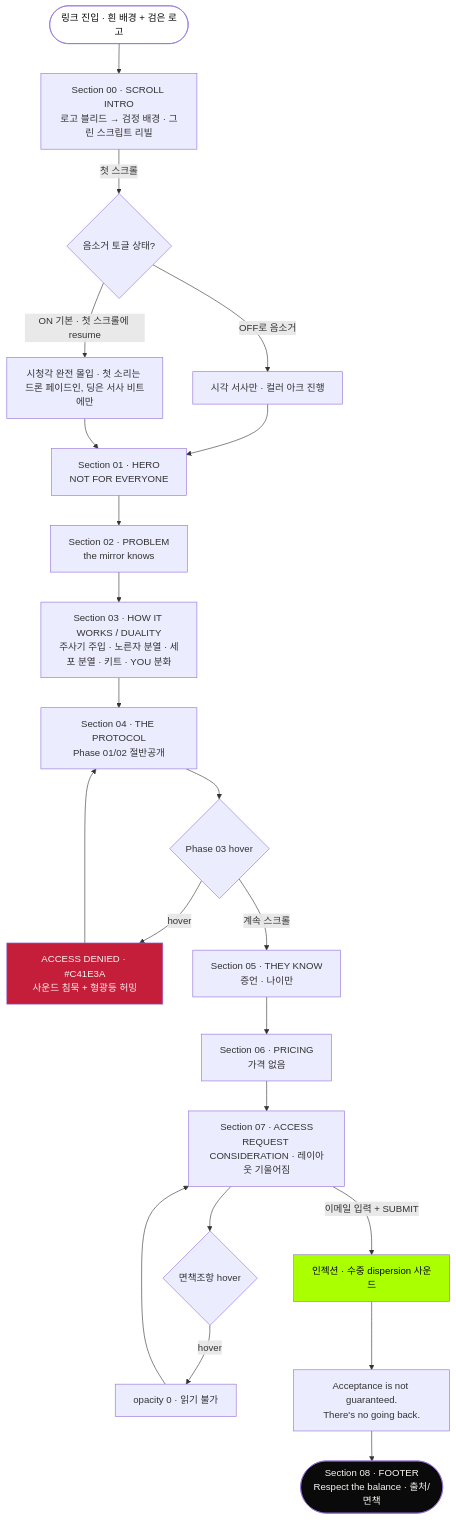
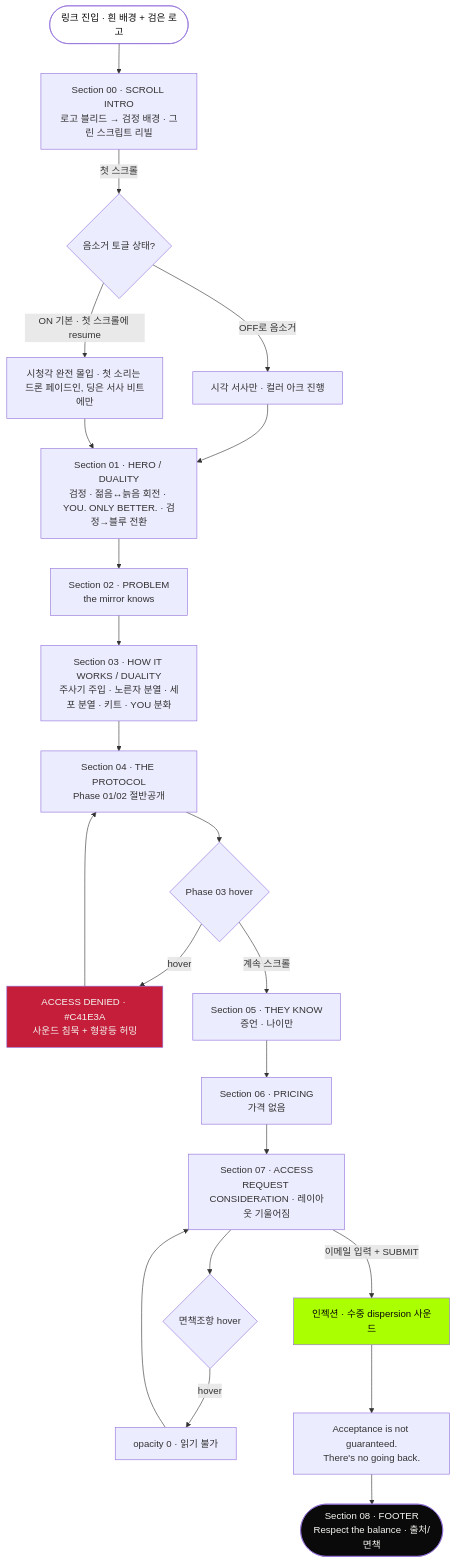
Before and after one commit to cm123kk/You.onlybetter: the diagram in docs/the-substance/02-ux-flow.md, drawn with Mermaid. The commit also changed other lines of this file and 102 other files, not shown here.

First line of the commit message:
feat(hero): duality VO, GNB CTA/ENTER gate, deploy-ready assets

````diff
--- a/docs/the-substance/02-ux-flow.md
+++ b/docs/the-substance/02-ux-flow.md
@@ -279,34 +314,34 @@
 ```mermaid
 flowchart TD
     START([링크 진입 · 흰 배경 + 검은 로고]) --> INTRO[Section 00 · SCROLL INTRO<br/>로고 블리드 → 검정 배경 · 그린 스크립트 리빌]
     INTRO -->|첫 스크롤| SOUNDGATE{음소거 토글 상태?}
     SOUNDGATE -->|OFF로 음소거| VISUAL[시각 서사만 · 컬러 아크 진행]
     SOUNDGATE -->|ON 기본 · 첫 스크롤에 resume| FULL[시청각 완전 몰입 · 첫 소리는 드론 페이드인, 딩은 서사 비트에만]
     VISUAL --> HERO
     FULL --> HERO
 
-    HERO[Section 01 · HERO<br/>NOT FOR EVERYONE] --> PROBLEM[Section 02 · PROBLEM<br/>the mirror knows]
+    HERO[Section 01 · HERO / DUALITY<br/>검정 · 젊음↔늙음 회전 · YOU. ONLY BETTER. · 검정→블루 전환] --> PROBLEM[Section 02 · PROBLEM<br/>the mirror knows]
     PROBLEM --> SUBSTANCE[Section 03 · HOW IT WORKS / DUALITY<br/>주사기 주입 · 노른자 분열 · 세포 분열 · 키트 · YOU 분화]
     SUBSTANCE --> PROTOCOL[Section 04 · THE PROTOCOL<br/>Phase 01/02 절반공개]
 
     PROTOCOL --> LOCK{Phase 03 hover}
     LOCK -->|hover| DENIED[ACCESS DENIED · #C41E3A<br/>사운드 침묵 + 형광등 허밍]
     DENIED --> PROTOCOL
     LOCK -->|계속 스크롤| KNOW
 
     KNOW[Section 05 · THEY KNOW<br/>증언 · 나이만] --> PRICING[Section 06 · PRICING<br/>가격 없음]
     PRICING --> ACCESS[Section 07 · ACCESS<br/>REQUEST CONSIDERATION · 레이아웃 기울어짐]
 
     ACCESS --> DISC{면책조항 hover}
     DISC -->|hover| VANISH[opacity 0 · 읽기 불가]
     VANISH --> ACCESS
 
     ACCESS -->|이메일 입력 + SUBMIT| INJECT[인젝션 · 수중 dispersion 사운드]
     INJECT --> RESULT[Acceptance is not guaranteed.<br/>There's no going back.]
     RESULT --> FOOTER([Section 08 · FOOTER<br/>Respect the balance · 출처/면책])
 
     style START fill:#FFFFFF,color:#0A0A0A
     style DENIED fill:#C41E3A,color:#F5F5F0
     style INJECT fill:#AAFF00,color:#0A0A0A
     style FOOTER fill:#0A0A0A,color:#F5F5F0
 ```
````
